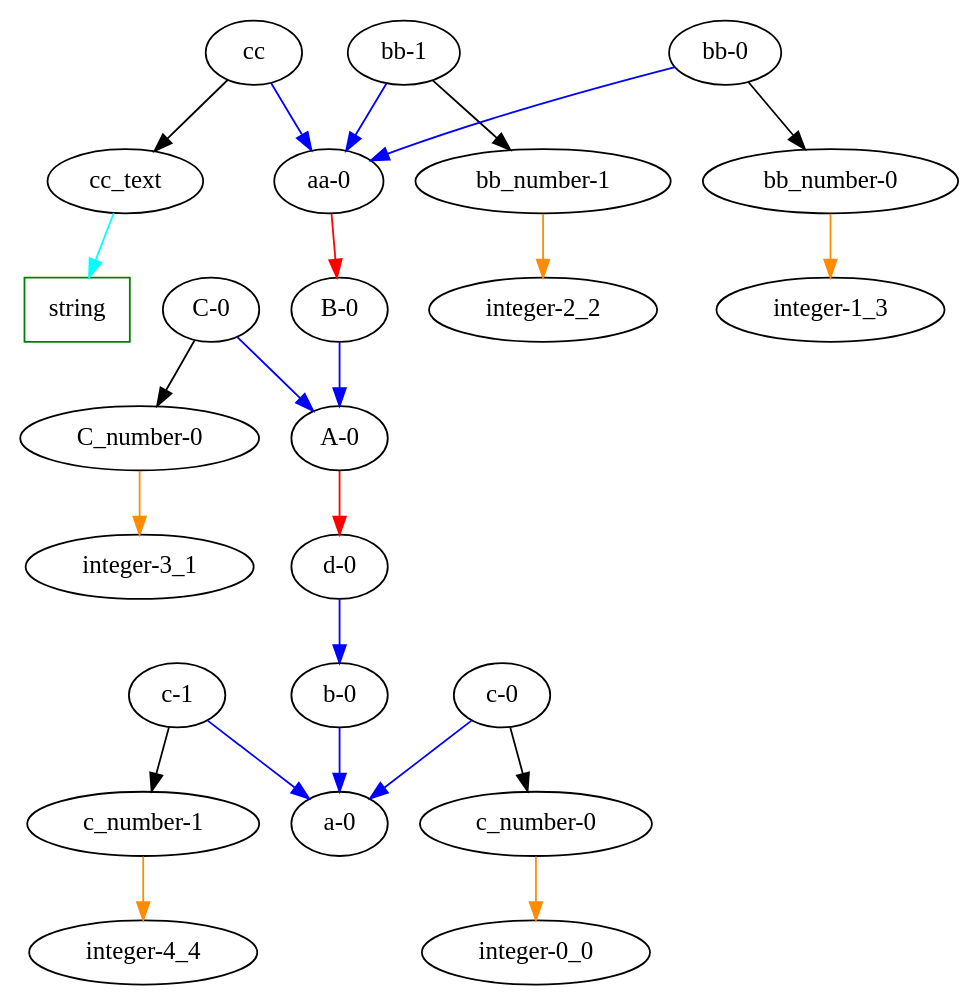
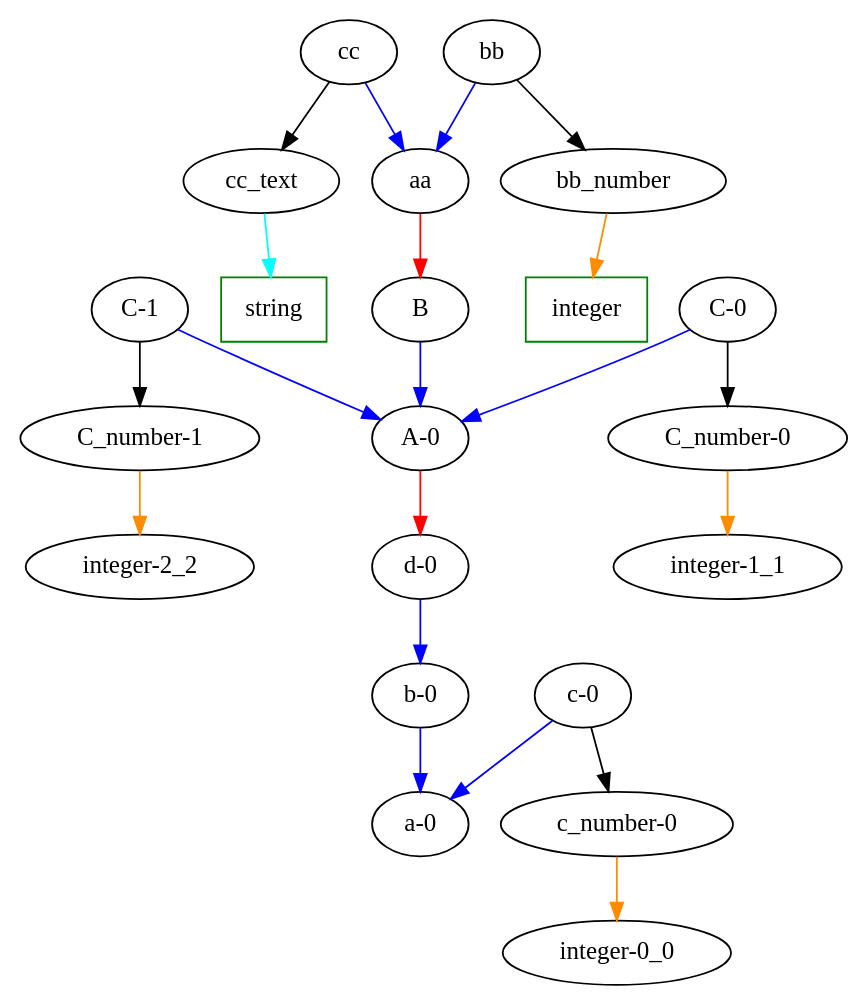
Before and after one commit to heinz-preisig/PeriConto: the diagram in ontologyRepository/Digraph.gv, drawn with Graphviz. The commit also changed 2 other files, not shown here.

```diff
--- a/ontologyRepository/Digraph.gv
+++ b/ontologyRepository/Digraph.gv
@@ -1,71 +1,62 @@
 digraph {
+	"b-0"
+	"a-0"
+	"b-0" -> "a-0" [color=blue]
+	"C-1"
+	"C_number-1"
+	"C-1" -> "C_number-1" [color=black]
+	"A-0"
+	"d-0"
+	"A-0" -> "d-0" [color=red]
+	B
+	"A-0"
+	B -> "A-0" [color=blue]
+	cc
+	cc_text
+	cc -> cc_text [color=black]
+	bb
+	bb_number
+	bb -> bb_number [color=black]
+	bb
+	aa
+	bb -> aa [color=blue]
+	"c_number-0"
+	"integer-0_0"
+	"c_number-0" -> "integer-0_0" [color=darkorange]
+	"d-0"
+	"b-0"
+	"d-0" -> "b-0" [color=blue]
+	"c-0"
+	"c_number-0"
+	"c-0" -> "c_number-0" [color=black]
 	"c-0"
 	"a-0"
 	"c-0" -> "a-0" [color=blue]
-	cc
-	"aa-0"
-	cc -> "aa-0" [color=blue]
 	"C-0"
 	"C_number-0"
 	"C-0" -> "C_number-0" [color=black]
-	"b-0"
-	"a-0"
-	"b-0" -> "a-0" [color=blue]
+	"C-1"
+	"A-0"
+	"C-1" -> "A-0" [color=blue]
+	aa
+	B
+	aa -> B [color=red]
+	"C_number-0"
+	"integer-1_1"
+	"C_number-0" -> "integer-1_1" [color=darkorange]
+	"C_number-1"
+	"integer-2_2"
+	"C_number-1" -> "integer-2_2" [color=darkorange]
+	integer [color=green shape=rectangle]
+	integer
+	bb_number -> integer [color=darkorange]
+	"C-0"
+	"A-0"
+	"C-0" -> "A-0" [color=blue]
 	cc
-	cc_text
-	cc -> cc_text [color=black]
-	"B-0"
-	"A-0"
-	"B-0" -> "A-0" [color=blue]
-	"c_number-0"
-	"integer-0_0"
-	"c_number-0" -> "integer-0_0" [color=darkorange]
-	"C_number-0"
-	"integer-3_1"
-	"C_number-0" -> "integer-3_1" [color=darkorange]
-	"d-0"
-	"b-0"
-	"d-0" -> "b-0" [color=blue]
-	"c-1"
-	"a-0"
-	"c-1" -> "a-0" [color=blue]
-	"bb-1"
-	"aa-0"
-	"bb-1" -> "aa-0" [color=blue]
-	"bb_number-1"
-	"integer-2_2"
-	"bb_number-1" -> "integer-2_2" [color=darkorange]
-	"bb-0"
-	"aa-0"
-	"bb-0" -> "aa-0" [color=blue]
+	aa
+	cc -> aa [color=blue]
 	string [color=green shape=rectangle]
 	string
 	cc_text -> string [color=cyan]
-	"c-1"
-	"c_number-1"
-	"c-1" -> "c_number-1" [color=black]
-	"bb_number-0"
-	"integer-1_3"
-	"bb_number-0" -> "integer-1_3" [color=darkorange]
-	"c-0"
-	"c_number-0"
-	"c-0" -> "c_number-0" [color=black]
-	"A-0"
-	"d-0"
-	"A-0" -> "d-0" [color=red]
-	"aa-0"
-	"B-0"
-	"aa-0" -> "B-0" [color=red]
-	"bb-1"
-	"bb_number-1"
-	"bb-1" -> "bb_number-1" [color=black]
-	"c_number-1"
-	"integer-4_4"
-	"c_number-1" -> "integer-4_4" [color=darkorange]
-	"C-0"
-	"A-0"
-	"C-0" -> "A-0" [color=blue]
-	"bb-0"
-	"bb_number-0"
-	"bb-0" -> "bb_number-0" [color=black]
 }
```
